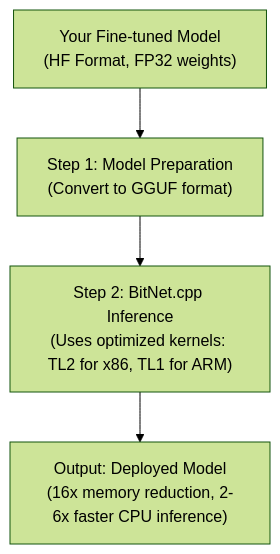
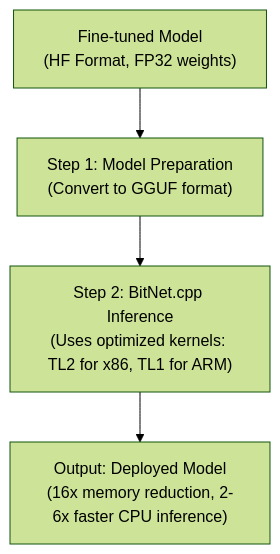
The diagram in README.md (shrisha-rao/bitnet-imdb), drawn with Mermaid (forest theme) before and after one commit. The commit also changed other lines of this file, not shown here.

````diff
--- a/README.md
+++ b/README.md
@@ -16,9 +17,9 @@
 ```mermaid
 flowchart TD
-    A["Your Fine-tuned Model<br>(HF Format, FP32 weights)"] --> B["Step 1: Model Preparation<br>(Convert to GGUF format)"]
+    A["Fine-tuned Model<br>(HF Format, FP32 weights)"] --> B["Step 1: Model Preparation<br>(Convert to GGUF format)"]
     
     B --> C["Step 2: BitNet.cpp Inference<br>(Uses optimized kernels: TL2 for x86, TL1 for ARM)"]
     
     C --> D["Output: Deployed Model<br>(16x memory reduction, 2-6x faster CPU inference)"]
     
 ```
````
